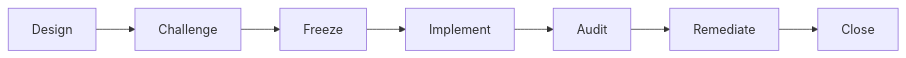
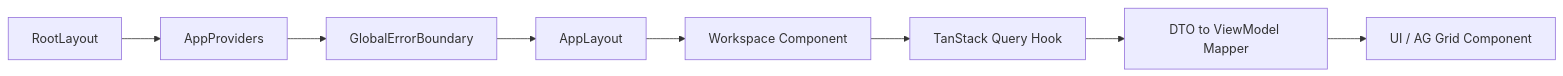
One commit to skeithnight/karsa changed the diagram in README.md. Above: the diagram before and after it, drawn with Mermaid. The commit also changed other lines of this file and 191 other files, not shown here.

````diff
--- a/README.md
+++ b/README.md
@@ -237,9 +48,10 @@
 ```mermaid
-graph LR
-    Design[Design] --> Challenge[Challenge]
-    Challenge --> Freeze[Freeze]
-    Freeze --> Implement[Implement]
-    Implement --> Audit[Audit]
-    Audit --> Remediate[Remediate]
-    Remediate --> Close[Close]
+flowchart LR
+    A[RootLayout] --> B[AppProviders]
+    B --> C[GlobalErrorBoundary]
+    C --> D[AppLayout]
+    D --> E[Workspace Component]
+    E --> F[TanStack Query Hook]
+    F --> G[DTO to ViewModel Mapper]
+    G --> H[UI / AG Grid Component]
 ```
````
